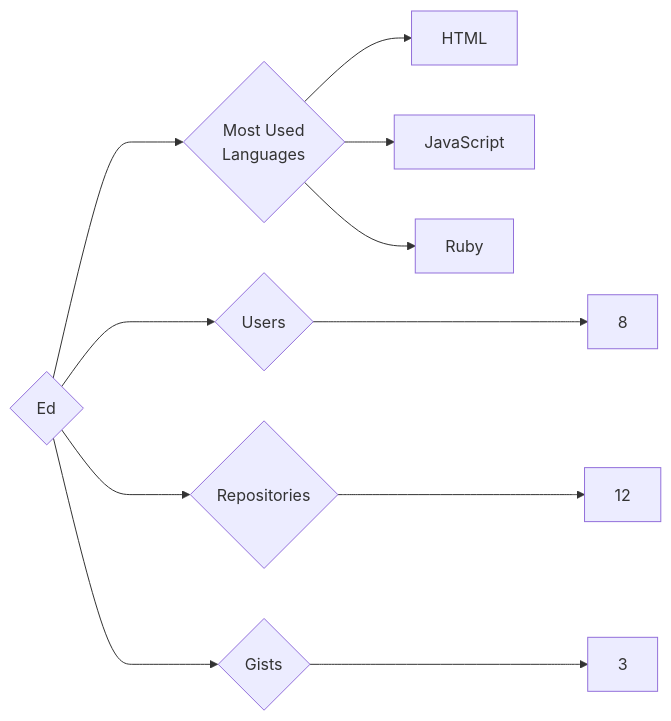
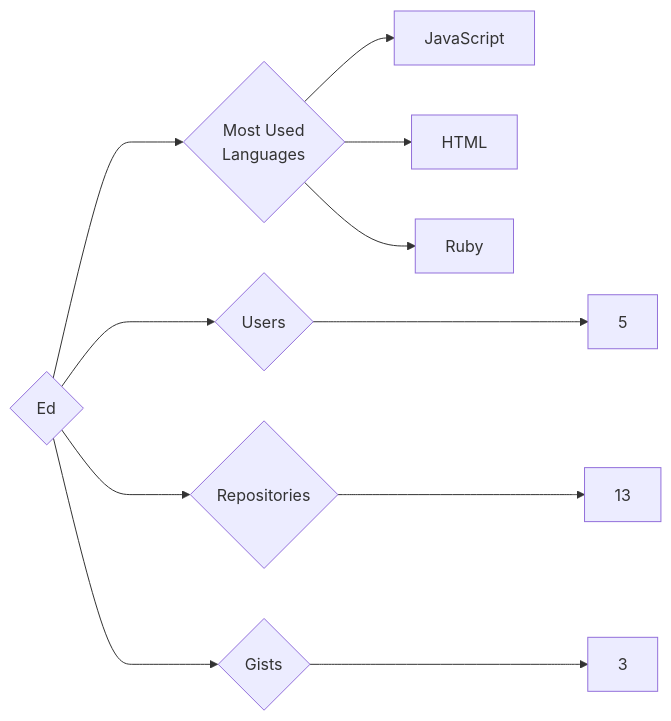
Before and after one commit to trickest/insiders: the diagram in targets/Ed/README.md, drawn with Mermaid. The commit also changed 1123 other files, not shown here.

````diff
--- a/targets/Ed/README.md
+++ b/targets/Ed/README.md
@@ -3,11 +3,11 @@
 ```mermaid
 graph LR
 COMPANY_NAME{Ed}
-COMPANY_NAME ---> U{Users} ---> UN[8]
-COMPANY_NAME ---> R{Repositories} ---> RN[12]
+COMPANY_NAME ---> U{Users} ---> UN[5]
+COMPANY_NAME ---> R{Repositories} ---> RN[13]
 COMPANY_NAME ---> G{Gists} ---> GN[3]
 COMPANY_NAME ---> ML{Most Used<br>Languages}
+ML --> JavaScript[JavaScript]
 ML --> HTML[HTML]
-ML --> JavaScript[JavaScript]
 ML --> Ruby[Ruby]
 ```
````
